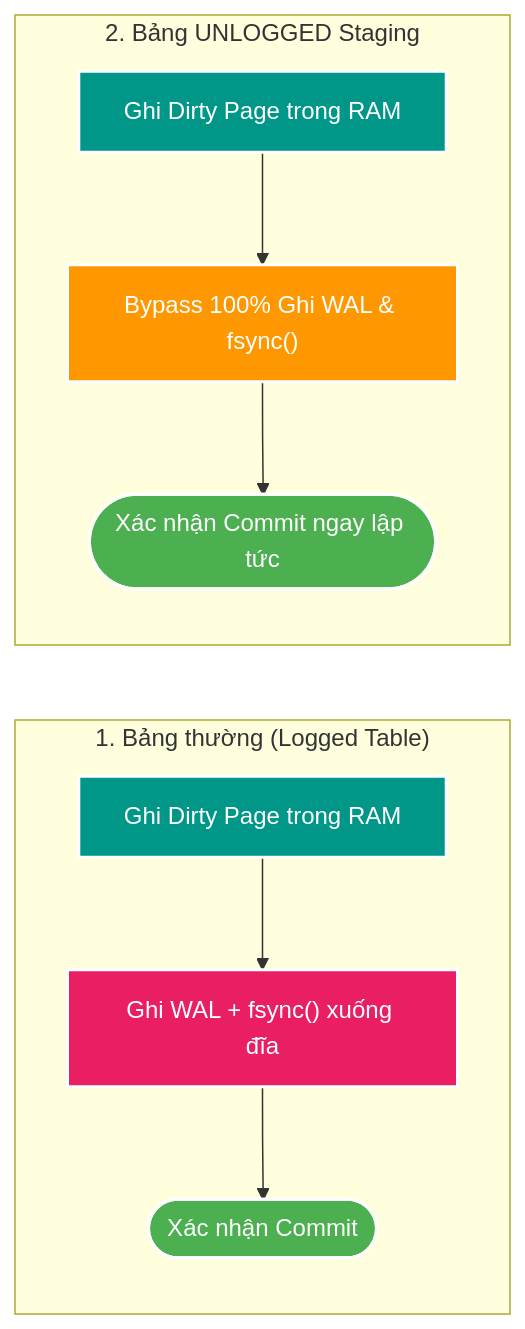
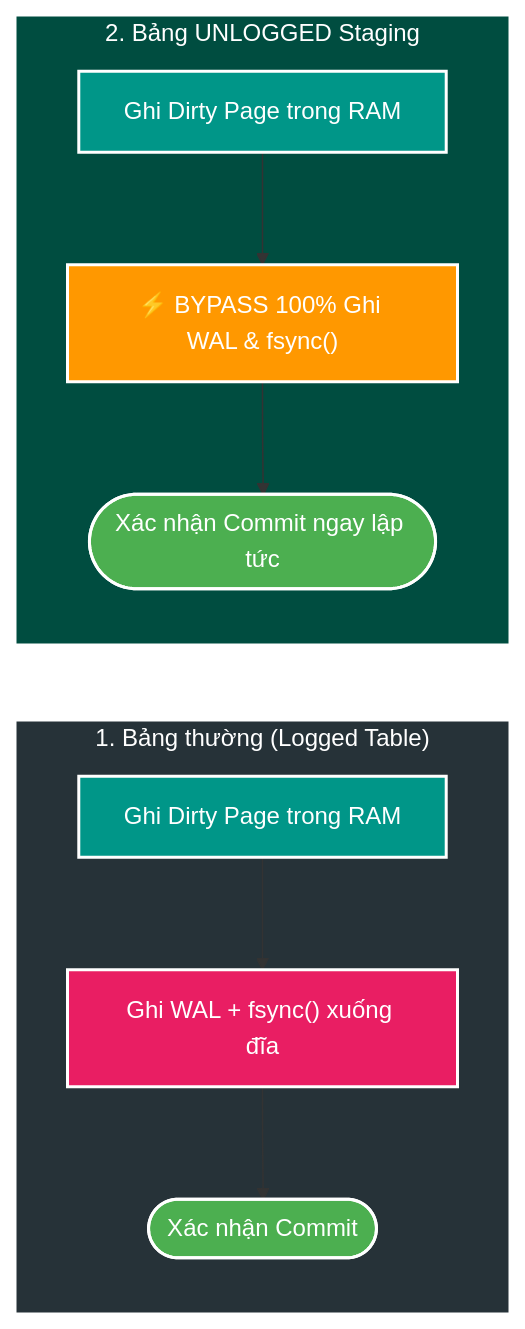
One commit to HungPhan200591/file-mngt-be-v2 changed the ninth of 10 diagrams in manual/learning/deep-dive/database-internals/00-postgresql-engine-mental-model-and-optimization-playbook.md. Above: the diagram before and after it, drawn with Mermaid. The commit also changed other lines of this file, not shown here.

Commit message:
feat(docs): enhance PostgreSQL engine optimization playbook with detailed diagrams and explanations

````diff
--- a/manual/learning/deep-dive/database-internals/00-postgresql-engine-mental-model-and-optimization-playbook.md
+++ b/manual/learning/deep-dive/database-internals/00-postgresql-engine-mental-model-and-optimization-playbook.md
@@ -308,22 +335,23 @@
 ```mermaid
 flowchart LR
     subgraph LOGGED_FLOW["1. Bảng thường (Logged Table)"]
         direction TB
         L_RAM["Ghi Dirty Page trong RAM"] --> L_WAL["Ghi WAL + fsync() xuống đĩa"]
         L_WAL --> L_ACK(["Xác nhận Commit"])
     end
 
     subgraph UNLOGGED_FLOW["2. Bảng UNLOGGED Staging"]
         direction TB
-        U_RAM["Ghi Dirty Page trong RAM"] --> U_BYPASS["Bypass 100% Ghi WAL &amp; fsync()"]
+        U_RAM["Ghi Dirty Page trong RAM"] --> U_BYPASS["⚡ BYPASS 100% Ghi WAL &amp; fsync()"]
         U_BYPASS --> U_ACK(["Xác nhận Commit ngay lập tức"])
     end
 
+    style LOGGED_FLOW fill:#263238,stroke:#fff,stroke-width:2px,color:#fff
     style L_RAM fill:#009688,stroke:#fff,stroke-width:2px,color:#fff
     style L_WAL fill:#E91E63,stroke:#fff,stroke-width:2px,color:#fff
     style L_ACK fill:#4CAF50,stroke:#fff,stroke-width:2px,color:#fff
-
+    style UNLOGGED_FLOW fill:#004D40,stroke:#fff,stroke-width:2px,color:#fff
     style U_RAM fill:#009688,stroke:#fff,stroke-width:2px,color:#fff
     style U_BYPASS fill:#FF9800,stroke:#fff,stroke-width:2px,color:#fff
     style U_ACK fill:#4CAF50,stroke:#fff,stroke-width:2px,color:#fff
 ```
````
